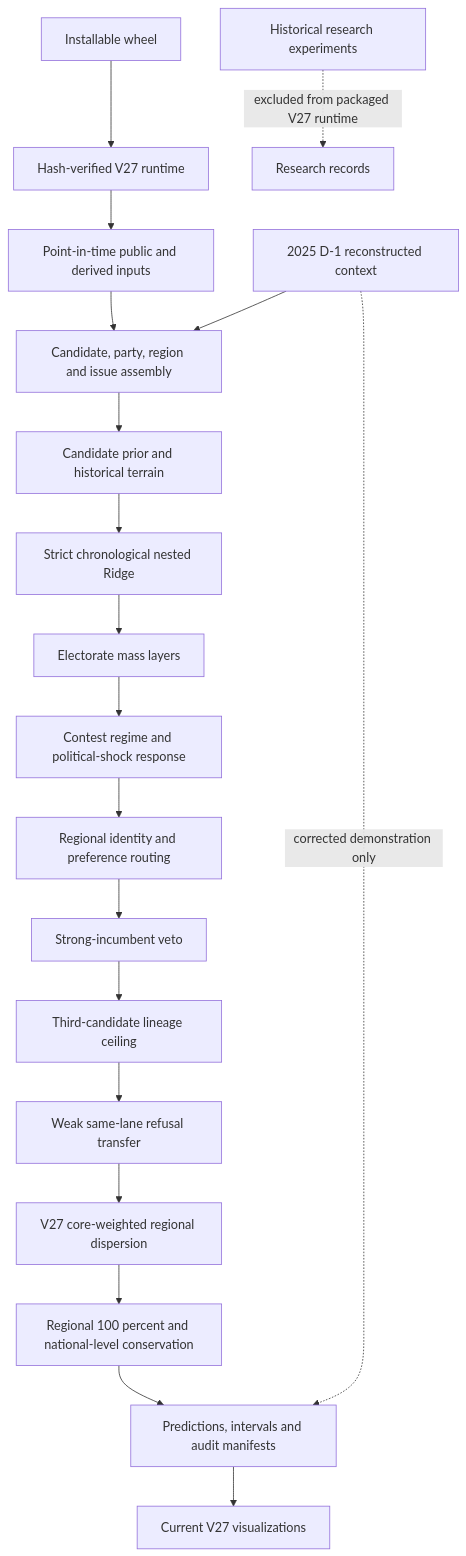
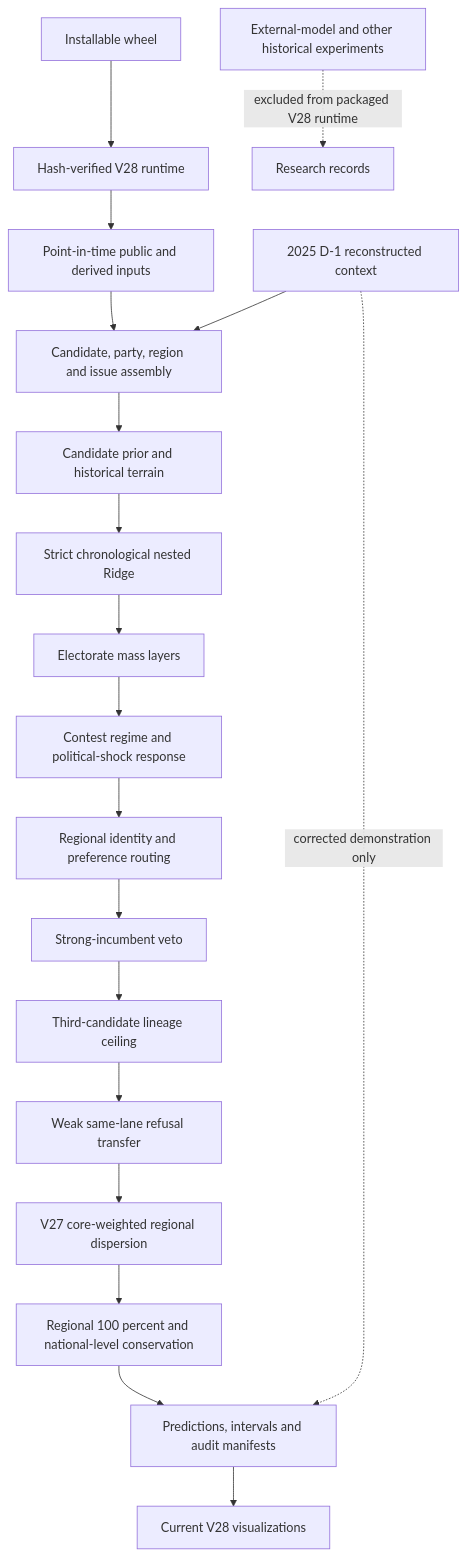
One commit to bamboosalt09-bam/election-forecast changed the diagram in docs/ARCHITECTURE.md. Above: the diagram before and after it, drawn with Mermaid. The commit also changed other lines of this file and 90 other files, not shown here.

Commit message:
Promote external-model-free V28 runtime

````diff
--- a/docs/ARCHITECTURE.md
+++ b/docs/ARCHITECTURE.md
@@ -9,23 +11,23 @@
 ```mermaid
 flowchart TD
-    P[Installable wheel] --> Q[Hash-verified V27 runtime]
+    P[Installable wheel] --> Q[Hash-verified V28 runtime]
     Q --> A[Point-in-time public and derived inputs]
     A --> B[Candidate, party, region and issue assembly]
     B --> C[Candidate prior and historical terrain]
     C --> D[Strict chronological nested Ridge]
     D --> E[Electorate mass layers]
     E --> F[Contest regime and political-shock response]
     F --> G[Regional identity and preference routing]
     G --> H[Strong-incumbent veto]
     H --> I[Third-candidate lineage ceiling]
     I --> J[Weak same-lane refusal transfer]
     J --> K[V27 core-weighted regional dispersion]
     K --> L[Regional 100 percent and national-level conservation]
     L --> M[Predictions, intervals and audit manifests]
-    M --> N[Current V27 visualizations]
+    M --> N[Current V28 visualizations]
 
     O[2025 D-1 reconstructed context] --> B
     O -. corrected demonstration only .-> M
 
-    R[Historical research experiments] -. excluded from packaged V27 runtime .-> S[Research records]
+    R[External-model and other historical experiments] -. excluded from packaged V28 runtime .-> S[Research records]
 ```
````
